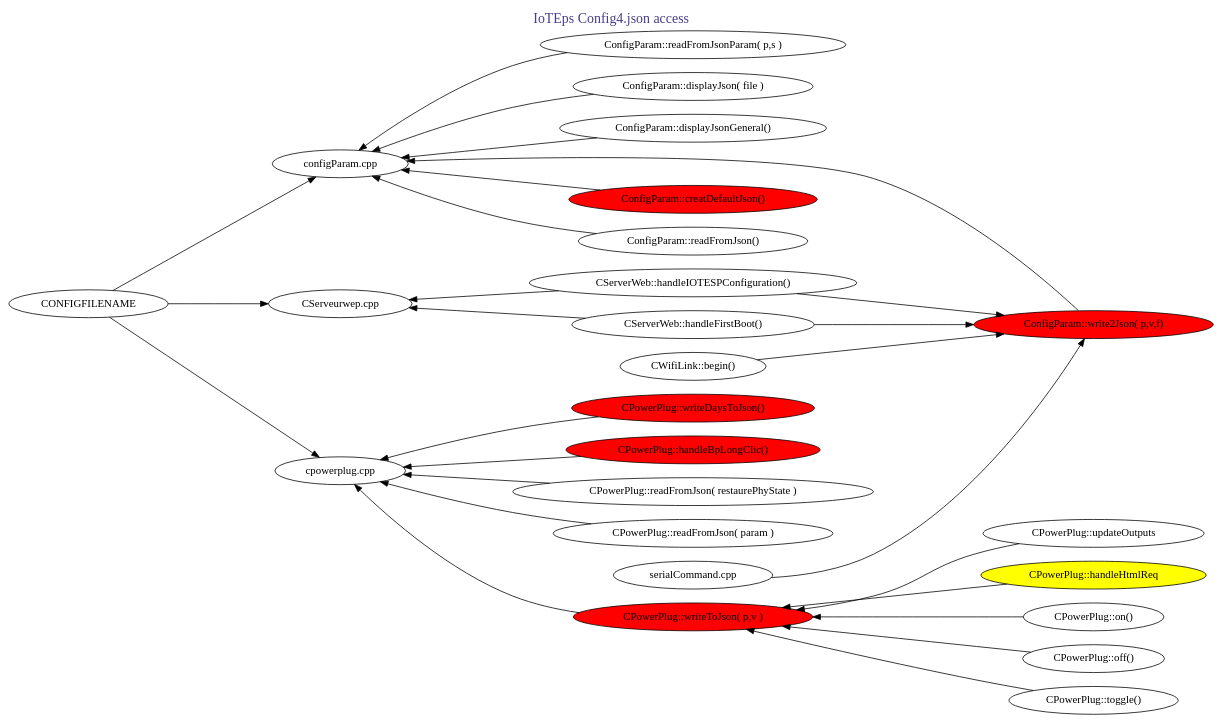
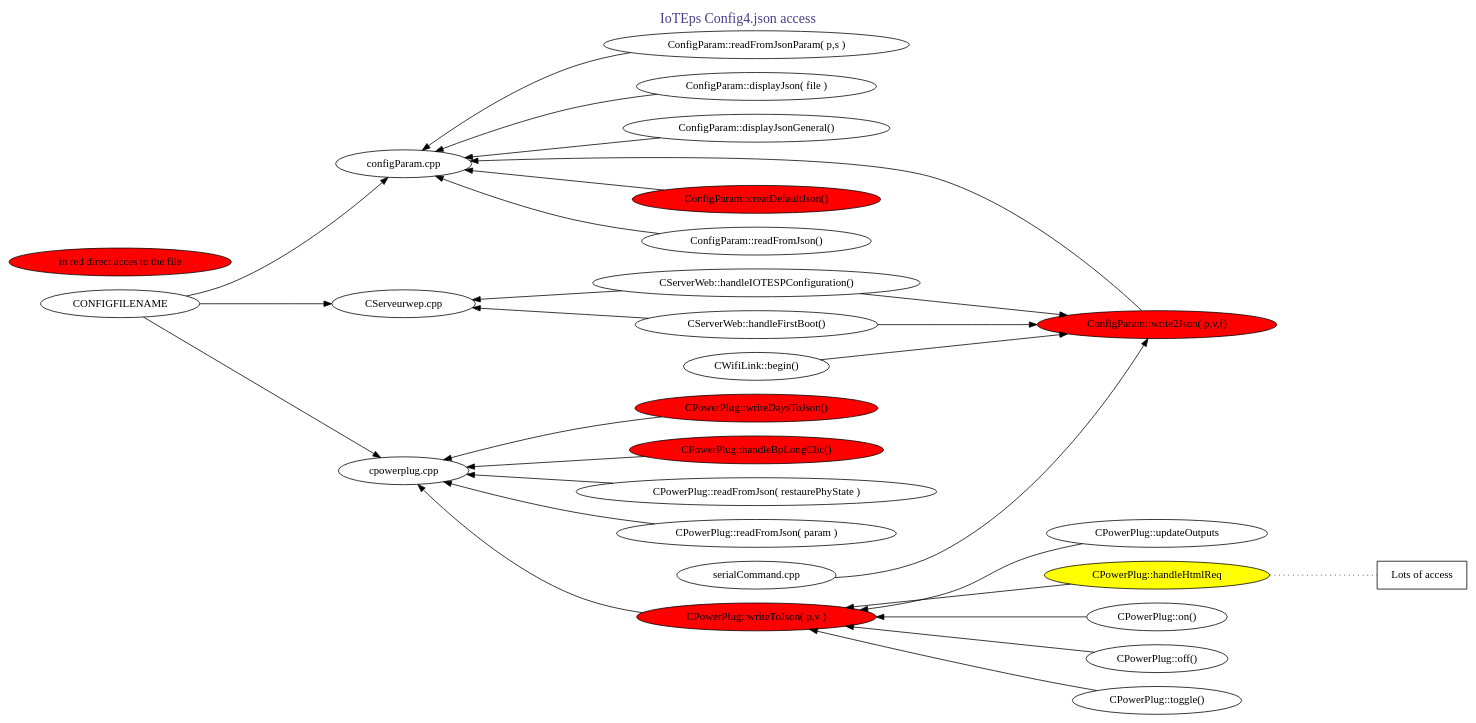
One commit to volab/IoT_EPS changed the diagram in _1_userDoc/source/graphviz/config4Access.gv. Above: the diagram before and after it, drawn with Graphviz. The commit also changed 10 other files, not shown here.

Commit message:
Documentation de la partie écriture json avec graph uml

```diff
--- a/_1_userDoc/source/graphviz/config4Access.gv
+++ b/_1_userDoc/source/graphviz/config4Access.gv
@@ -1,69 +1,72 @@
 digraph config4JsonAccess {
     label="IoTEps Config4.json access" 
     fontsize=18 
     fontcolor=darkslateblue 
     #layout="twopi"
     labelloc="t" 
     rankdir="LR" 
     ratio=auto; 
     ranksep=1.8
     compound=true
 
+    "Lots of access"[style=none shape = rect]
 
     node[style=filled fillcolor=red]
     "CPowerPlug::writeToJson( p,v )"
     "CPowerPlug::writeDaysToJson()"
     "CPowerPlug::handleBpLongClic()"
     "ConfigParam::write2Json( p,v,f)"
     "ConfigParam::creatDefaultJson()"
 
+    "in red direct acces to the file"
+
     node[fillcolor=yellow]
-    "CPowerPlug::handleHtmlReq"
+    "CPowerPlug::handleHtmlReq" -> "Lots of access"[dir=none style=dotted]
 
     node [style=none shape=ellipse]
 
     CONFIGFILENAME -> {
         "configParam.cpp"
         "CServeurwep.cpp"
         "cpowerplug.cpp"
     }
 edge[dir=back]
     "cpowerplug.cpp" -> {
         "CPowerPlug::readFromJson( restaurePhyState )"
         "CPowerPlug::readFromJson( param )"
         "CPowerPlug::writeToJson( p,v )"
         "CPowerPlug::writeDaysToJson()"
         "CPowerPlug::handleBpLongClic()"
     }
 
     "configParam.cpp" -> {
         "ConfigParam::readFromJson()"
         "ConfigParam::readFromJsonParam( p,s )"
         "ConfigParam::displayJson( file )"
         "ConfigParam::displayJsonGeneral()"
         "ConfigParam::write2Json( p,v,f)"
         "ConfigParam::creatDefaultJson()"
     }
 
     "CServeurwep.cpp" -> {
         "CServerWeb::handleFirstBoot()"
         "CServerWeb::handleIOTESPConfiguration()"
     }
 
     {"CServerWeb::handleFirstBoot()"
     "CServerWeb::handleIOTESPConfiguration()"
     "CWifiLink::begin()"
     "serialCommand.cpp"
     } -> "ConfigParam::write2Json( p,v,f)"[dir=forward]
 
     "CPowerPlug::writeToJson( p,v )" -> {
             "CPowerPlug::on()"
             "CPowerPlug::off()"
             "CPowerPlug::toggle()"
             "CPowerPlug::updateOutputs"
             "CPowerPlug::handleHtmlReq"
 
     }
 
 
 }
```
